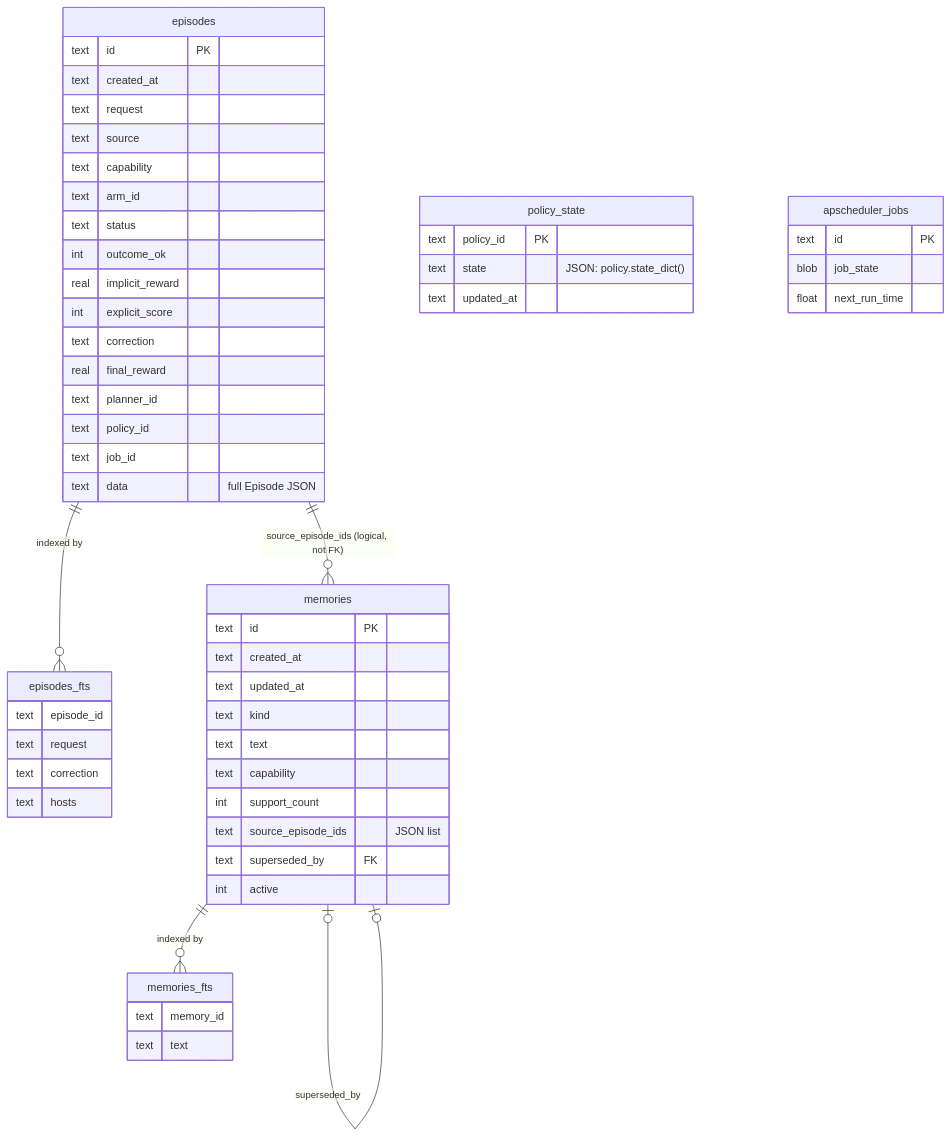
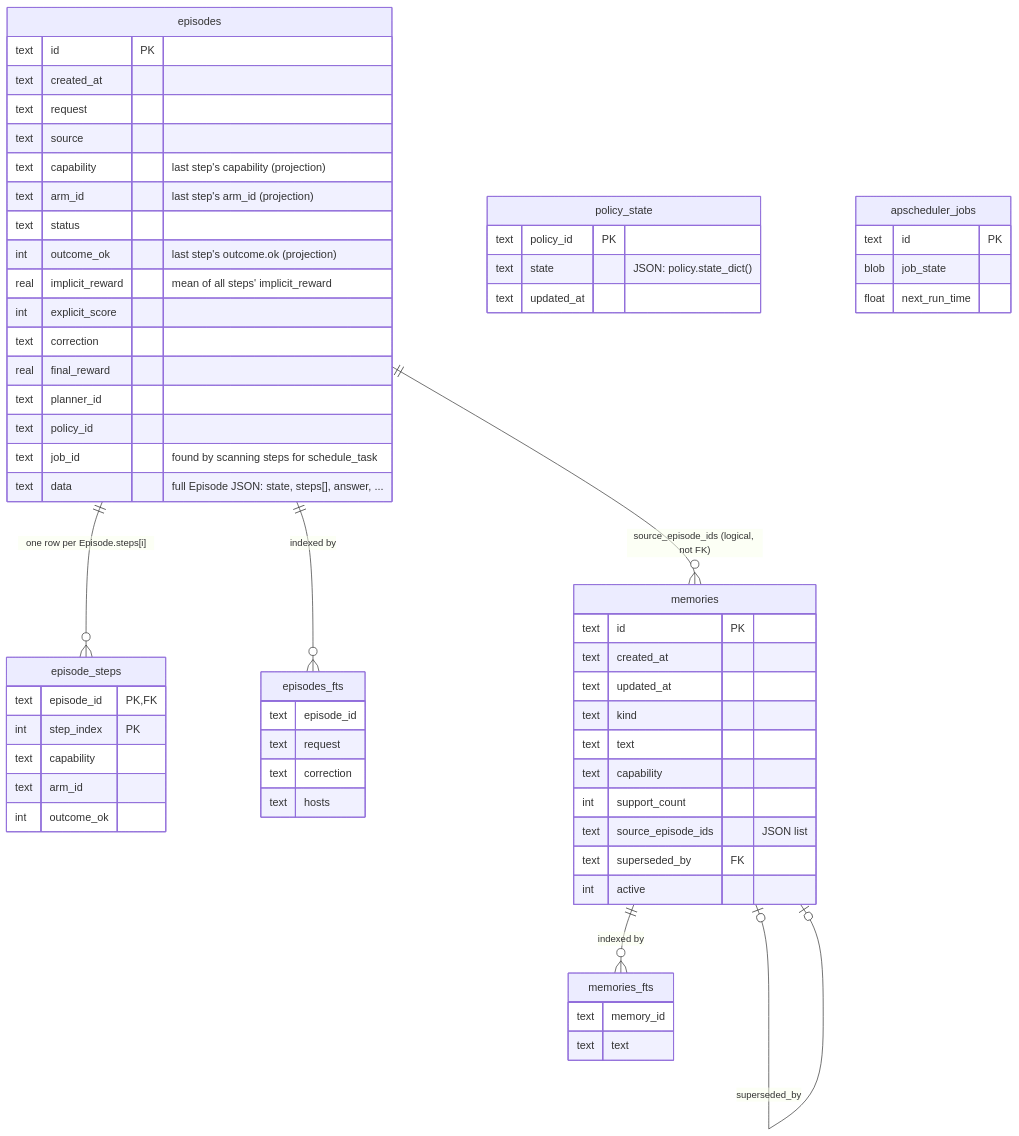
The fourth of 6 diagrams in docs/ARCHITECTURE.md (nadermedhet148/agentic-rl), drawn with Mermaid before and after one commit. The commit also changed other lines of this file and 35 other files, not shown here.

````diff
--- a/docs/ARCHITECTURE.md
+++ b/docs/ARCHITECTURE.md
@@ -213,58 +219,66 @@
 ```mermaid
 erDiagram
     episodes {
         text id PK
         text created_at
         text request
         text source
-        text capability
-        text arm_id
+        text capability "last step's capability (projection)"
+        text arm_id "last step's arm_id (projection)"
         text status
-        int outcome_ok
-        real implicit_reward
+        int outcome_ok "last step's outcome.ok (projection)"
+        real implicit_reward "mean of all steps' implicit_reward"
         int explicit_score
         text correction
         real final_reward
         text planner_id
         text policy_id
-        text job_id
-        text data "full Episode JSON"
+        text job_id "found by scanning steps for schedule_task"
+        text data "full Episode JSON: state, steps[], answer, ..."
+    }
+    episode_steps {
+        text episode_id PK, FK
+        int step_index PK
+        text capability
+        text arm_id
+        int outcome_ok
     }
     episodes_fts {
         text episode_id
         text request
         text correction
         text hosts
     }
     policy_state {
         text policy_id PK
         text state "JSON: policy.state_dict()"
         text updated_at
     }
     memories {
         text id PK
         text created_at
         text updated_at
         text kind
         text text
         text capability
         int support_count
         text source_episode_ids "JSON list"
         text superseded_by FK
         int active
     }
     memories_fts {
         text memory_id
         text text
     }
     apscheduler_jobs {
         text id PK
         blob job_state
         float next_run_time
     }
 
     episodes ||--o{ episodes_fts : "indexed by"
+    episodes ||--o{ episode_steps : "one row per Episode.steps[i]"
     memories ||--o{ memories_fts : "indexed by"
     memories |o--o| memories : "superseded_by"
     episodes ||--o{ memories : "source_episode_ids (logical, not FK)"
 ```
````
